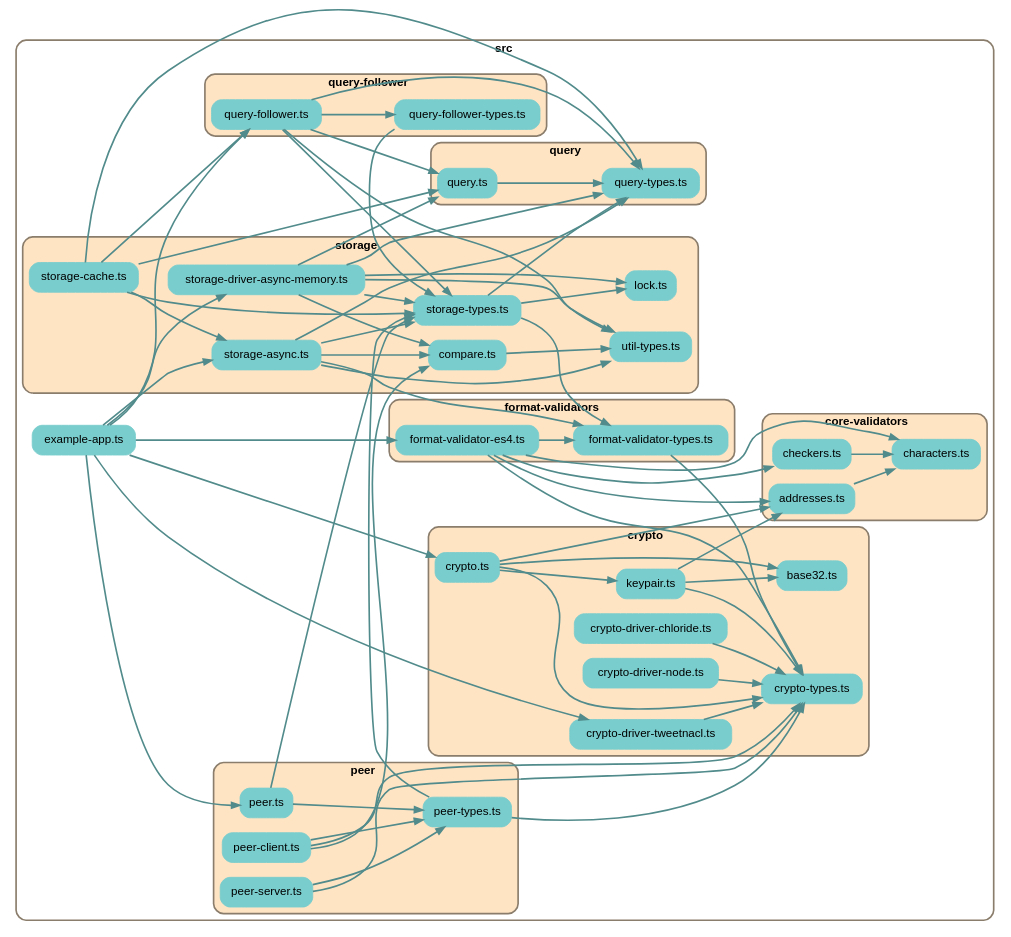
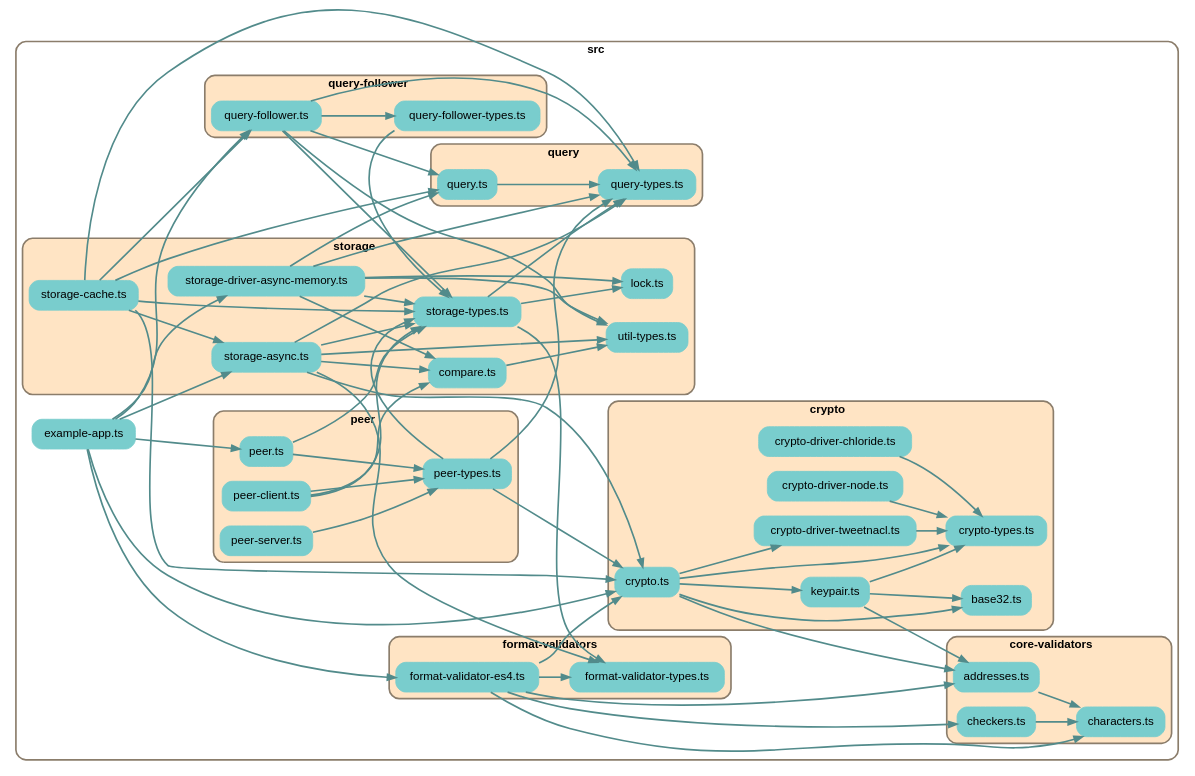
One commit to earthstar-project/earthstar changed the diagram in depchart/depchart-main.dot. Above: the diagram before and after it, drawn with Graphviz. The commit also changed 11 other files, not shown here.

```diff
--- a/depchart/depchart-main.dot
+++ b/depchart/depchart-main.dot
@@ -1,177 +1,178 @@
 
 digraph G {
     //splines=line;
     //splines=polyline;
     splines=true;
     rankdir=LR;
     //newrank=true;
     compound=true;
     graph [fontname = "helvetica"];  // dpi=72
     node [fontname = "helvetica"];
     edge [fontname = "helvetica"];
     
     // files in their folder clusters
 
-    subgraph cluster3729339418 {
+    subgraph cluster3298667449 {
         label=<<b>src</b>>;
         style="rounded";
         color=bisque4;
         penwidth=2;
                     
         "src/example-app.ts" [label="example-app.ts", shape=rectangle; style="rounded,filled"; color=darkslategray3];
 
-        subgraph cluster5752057855 {
+        subgraph cluster2074483749 {
             label=<<b>core-validators</b>>;
             style="rounded,filled";
             fillcolor=bisque;
             color=bisque4;
             penwidth=2;
                     
             "src/core-validators/addresses.ts" [label="addresses.ts", shape=rectangle; style="rounded,filled"; color=darkslategray3];
             "src/core-validators/characters.ts" [label="characters.ts", shape=rectangle; style="rounded,filled"; color=darkslategray3];
             "src/core-validators/checkers.ts" [label="checkers.ts", shape=rectangle; style="rounded,filled"; color=darkslategray3];
         }
 
-        subgraph cluster8989298538 {
+        subgraph cluster7534018315 {
             label=<<b>crypto</b>>;
             style="rounded,filled";
             fillcolor=bisque;
             color=bisque4;
             penwidth=2;
                     
             "src/crypto/base32.ts" [label="base32.ts", shape=rectangle; style="rounded,filled"; color=darkslategray3];
             "src/crypto/crypto-driver-chloride.ts" [label="crypto-driver-chloride.ts", shape=rectangle; style="rounded,filled"; color=darkslategray3];
             "src/crypto/crypto-driver-node.ts" [label="crypto-driver-node.ts", shape=rectangle; style="rounded,filled"; color=darkslategray3];
             "src/crypto/crypto-driver-tweetnacl.ts" [label="crypto-driver-tweetnacl.ts", shape=rectangle; style="rounded,filled"; color=darkslategray3];
             "src/crypto/crypto-types.ts" [label="crypto-types.ts", shape=rectangle; style="rounded,filled"; color=darkslategray3];
             "src/crypto/crypto.ts" [label="crypto.ts", shape=rectangle; style="rounded,filled"; color=darkslategray3];
             "src/crypto/keypair.ts" [label="keypair.ts", shape=rectangle; style="rounded,filled"; color=darkslategray3];
         }
 
-        subgraph cluster2953046853 {
+        subgraph cluster9431046268 {
             label=<<b>format-validators</b>>;
             style="rounded,filled";
             fillcolor=bisque;
             color=bisque4;
             penwidth=2;
                     
             "src/format-validators/format-validator-es4.ts" [label="format-validator-es4.ts", shape=rectangle; style="rounded,filled"; color=darkslategray3];
             "src/format-validators/format-validator-types.ts" [label="format-validator-types.ts", shape=rectangle; style="rounded,filled"; color=darkslategray3];
         }
 
-        subgraph cluster5516479166 {
+        subgraph cluster1951982976 {
             label=<<b>peer</b>>;
             style="rounded,filled";
             fillcolor=bisque;
             color=bisque4;
             penwidth=2;
                     
             "src/peer/peer-client.ts" [label="peer-client.ts", shape=rectangle; style="rounded,filled"; color=darkslategray3];
             "src/peer/peer-server.ts" [label="peer-server.ts", shape=rectangle; style="rounded,filled"; color=darkslategray3];
             "src/peer/peer-types.ts" [label="peer-types.ts", shape=rectangle; style="rounded,filled"; color=darkslategray3];
             "src/peer/peer.ts" [label="peer.ts", shape=rectangle; style="rounded,filled"; color=darkslategray3];
         }
 
-        subgraph cluster5659063264 {
+        subgraph cluster4129539323 {
             label=<<b>query-follower</b>>;
             style="rounded,filled";
             fillcolor=bisque;
             color=bisque4;
             penwidth=2;
                     
             "src/query-follower/query-follower-types.ts" [label="query-follower-types.ts", shape=rectangle; style="rounded,filled"; color=darkslategray3];
             "src/query-follower/query-follower.ts" [label="query-follower.ts", shape=rectangle; style="rounded,filled"; color=darkslategray3];
         }
 
-        subgraph cluster1812721730 {
+        subgraph cluster7933092802 {
             label=<<b>query</b>>;
             style="rounded,filled";
             fillcolor=bisque;
             color=bisque4;
             penwidth=2;
                     
             "src/query/query-types.ts" [label="query-types.ts", shape=rectangle; style="rounded,filled"; color=darkslategray3];
             "src/query/query.ts" [label="query.ts", shape=rectangle; style="rounded,filled"; color=darkslategray3];
         }
 
-        subgraph cluster5568697676 {
+        subgraph cluster2582477185 {
             label=<<b>storage</b>>;
             style="rounded,filled";
             fillcolor=bisque;
             color=bisque4;
             penwidth=2;
                     
             "src/storage/compare.ts" [label="compare.ts", shape=rectangle; style="rounded,filled"; color=darkslategray3];
             "src/storage/lock.ts" [label="lock.ts", shape=rectangle; style="rounded,filled"; color=darkslategray3];
             "src/storage/storage-async.ts" [label="storage-async.ts", shape=rectangle; style="rounded,filled"; color=darkslategray3];
             "src/storage/storage-cache.ts" [label="storage-cache.ts", shape=rectangle; style="rounded,filled"; color=darkslategray3];
             "src/storage/storage-driver-async-memory.ts" [label="storage-driver-async-memory.ts", shape=rectangle; style="rounded,filled"; color=darkslategray3];
             "src/storage/storage-types.ts" [label="storage-types.ts", shape=rectangle; style="rounded,filled"; color=darkslategray3];
             "src/storage/util-types.ts" [label="util-types.ts", shape=rectangle; style="rounded,filled"; color=darkslategray3];
         }
     }
 
     // edges between files
     "src/core-validators/addresses.ts" -> "src/core-validators/characters.ts" [penwidth=2; color=darkslategray4];
     "src/core-validators/checkers.ts" -> "src/core-validators/characters.ts" [penwidth=2; color=darkslategray4];
     "src/crypto/crypto-driver-chloride.ts" -> "src/crypto/crypto-types.ts" [penwidth=2; color=darkslategray4];
     "src/crypto/crypto-driver-node.ts" -> "src/crypto/crypto-types.ts" [penwidth=2; color=darkslategray4];
     "src/crypto/crypto-driver-tweetnacl.ts" -> "src/crypto/crypto-types.ts" [penwidth=2; color=darkslategray4];
     "src/crypto/crypto.ts" -> "src/crypto/crypto-types.ts" [penwidth=2; color=darkslategray4];
     "src/crypto/crypto.ts" -> "src/crypto/base32.ts" [penwidth=2; color=darkslategray4];
     "src/crypto/crypto.ts" -> "src/crypto/keypair.ts" [penwidth=2; color=darkslategray4];
     "src/crypto/crypto.ts" -> "src/core-validators/addresses.ts" [penwidth=2; color=darkslategray4];
+    "src/crypto/crypto.ts" -> "src/crypto/crypto-driver-tweetnacl.ts" [penwidth=2; color=darkslategray4];
     "src/crypto/keypair.ts" -> "src/crypto/base32.ts" [penwidth=2; color=darkslategray4];
     "src/crypto/keypair.ts" -> "src/crypto/crypto-types.ts" [penwidth=2; color=darkslategray4];
     "src/crypto/keypair.ts" -> "src/core-validators/addresses.ts" [penwidth=2; color=darkslategray4];
     "src/example-app.ts" -> "src/format-validators/format-validator-es4.ts" [penwidth=2; color=darkslategray4];
     "src/example-app.ts" -> "src/storage/storage-driver-async-memory.ts" [penwidth=2; color=darkslategray4];
     "src/example-app.ts" -> "src/storage/storage-async.ts" [penwidth=2; color=darkslategray4];
     "src/example-app.ts" -> "src/crypto/crypto.ts" [penwidth=2; color=darkslategray4];
-    "src/example-app.ts" -> "src/crypto/crypto-driver-tweetnacl.ts" [penwidth=2; color=darkslategray4];
     "src/example-app.ts" -> "src/query-follower/query-follower.ts" [penwidth=2; color=darkslategray4];
     "src/example-app.ts" -> "src/peer/peer.ts" [penwidth=2; color=darkslategray4];
     "src/format-validators/format-validator-es4.ts" -> "src/format-validators/format-validator-types.ts" [penwidth=2; color=darkslategray4];
-    "src/format-validators/format-validator-es4.ts" -> "src/crypto/crypto-types.ts" [penwidth=2; color=darkslategray4];
+    "src/format-validators/format-validator-es4.ts" -> "src/crypto/crypto.ts" [penwidth=2; color=darkslategray4];
     "src/format-validators/format-validator-es4.ts" -> "src/core-validators/characters.ts" [penwidth=2; color=darkslategray4];
     "src/format-validators/format-validator-es4.ts" -> "src/core-validators/checkers.ts" [penwidth=2; color=darkslategray4];
     "src/format-validators/format-validator-es4.ts" -> "src/core-validators/addresses.ts" [penwidth=2; color=darkslategray4];
-    "src/format-validators/format-validator-types.ts" -> "src/crypto/crypto-types.ts" [penwidth=2; color=darkslategray4];
-    "src/peer/peer-client.ts" -> "src/crypto/crypto-types.ts" [penwidth=2; color=darkslategray4];
+    "src/peer/peer-client.ts" -> "src/storage/storage-types.ts" [penwidth=2; color=darkslategray4];
     "src/peer/peer-client.ts" -> "src/peer/peer-types.ts" [penwidth=2; color=darkslategray4];
     "src/peer/peer-client.ts" -> "src/storage/compare.ts" [penwidth=2; color=darkslategray4];
-    "src/peer/peer-server.ts" -> "src/crypto/crypto-types.ts" [penwidth=2; color=darkslategray4];
     "src/peer/peer-server.ts" -> "src/peer/peer-types.ts" [penwidth=2; color=darkslategray4];
     "src/peer/peer-types.ts" -> "src/storage/storage-types.ts" [penwidth=2; color=darkslategray4];
-    "src/peer/peer-types.ts" -> "src/crypto/crypto-types.ts" [penwidth=2; color=darkslategray4];
+    "src/peer/peer-types.ts" -> "src/query/query-types.ts" [penwidth=2; color=darkslategray4];
+    "src/peer/peer-types.ts" -> "src/crypto/crypto.ts" [penwidth=2; color=darkslategray4];
     "src/peer/peer.ts" -> "src/storage/storage-types.ts" [penwidth=2; color=darkslategray4];
     "src/peer/peer.ts" -> "src/peer/peer-types.ts" [penwidth=2; color=darkslategray4];
     "src/query-follower/query-follower-types.ts" -> "src/storage/storage-types.ts" [penwidth=2; color=darkslategray4];
     "src/query-follower/query-follower.ts" -> "src/storage/util-types.ts" [penwidth=2; color=darkslategray4];
     "src/query-follower/query-follower.ts" -> "src/query/query-types.ts" [penwidth=2; color=darkslategray4];
     "src/query-follower/query-follower.ts" -> "src/storage/storage-types.ts" [penwidth=2; color=darkslategray4];
     "src/query-follower/query-follower.ts" -> "src/query/query.ts" [penwidth=2; color=darkslategray4];
     "src/query-follower/query-follower.ts" -> "src/query-follower/query-follower-types.ts" [penwidth=2; color=darkslategray4];
     "src/query/query.ts" -> "src/query/query-types.ts" [penwidth=2; color=darkslategray4];
     "src/storage/compare.ts" -> "src/storage/util-types.ts" [penwidth=2; color=darkslategray4];
     "src/storage/storage-async.ts" -> "src/storage/util-types.ts" [penwidth=2; color=darkslategray4];
     "src/storage/storage-async.ts" -> "src/query/query-types.ts" [penwidth=2; color=darkslategray4];
     "src/storage/storage-async.ts" -> "src/storage/storage-types.ts" [penwidth=2; color=darkslategray4];
     "src/storage/storage-async.ts" -> "src/format-validators/format-validator-types.ts" [penwidth=2; color=darkslategray4];
     "src/storage/storage-async.ts" -> "src/storage/compare.ts" [penwidth=2; color=darkslategray4];
+    "src/storage/storage-async.ts" -> "src/crypto/crypto.ts" [penwidth=2; color=darkslategray4];
     "src/storage/storage-cache.ts" -> "src/query/query.ts" [penwidth=2; color=darkslategray4];
     "src/storage/storage-cache.ts" -> "src/query-follower/query-follower.ts" [penwidth=2; color=darkslategray4];
     "src/storage/storage-cache.ts" -> "src/query/query-types.ts" [penwidth=2; color=darkslategray4];
     "src/storage/storage-cache.ts" -> "src/storage/storage-async.ts" [penwidth=2; color=darkslategray4];
     "src/storage/storage-cache.ts" -> "src/storage/storage-types.ts" [penwidth=2; color=darkslategray4];
+    "src/storage/storage-cache.ts" -> "src/crypto/crypto.ts" [penwidth=2; color=darkslategray4];
     "src/storage/storage-driver-async-memory.ts" -> "src/storage/util-types.ts" [penwidth=2; color=darkslategray4];
     "src/storage/storage-driver-async-memory.ts" -> "src/query/query-types.ts" [penwidth=2; color=darkslategray4];
     "src/storage/storage-driver-async-memory.ts" -> "src/storage/storage-types.ts" [penwidth=2; color=darkslategray4];
     "src/storage/storage-driver-async-memory.ts" -> "src/storage/compare.ts" [penwidth=2; color=darkslategray4];
     "src/storage/storage-driver-async-memory.ts" -> "src/query/query.ts" [penwidth=2; color=darkslategray4];
     "src/storage/storage-driver-async-memory.ts" -> "src/storage/lock.ts" [penwidth=2; color=darkslategray4];
     "src/storage/storage-types.ts" -> "src/query/query-types.ts" [penwidth=2; color=darkslategray4];
     "src/storage/storage-types.ts" -> "src/format-validators/format-validator-types.ts" [penwidth=2; color=darkslategray4];
     "src/storage/storage-types.ts" -> "src/storage/lock.ts" [penwidth=2; color=darkslategray4];
 
 }
```
